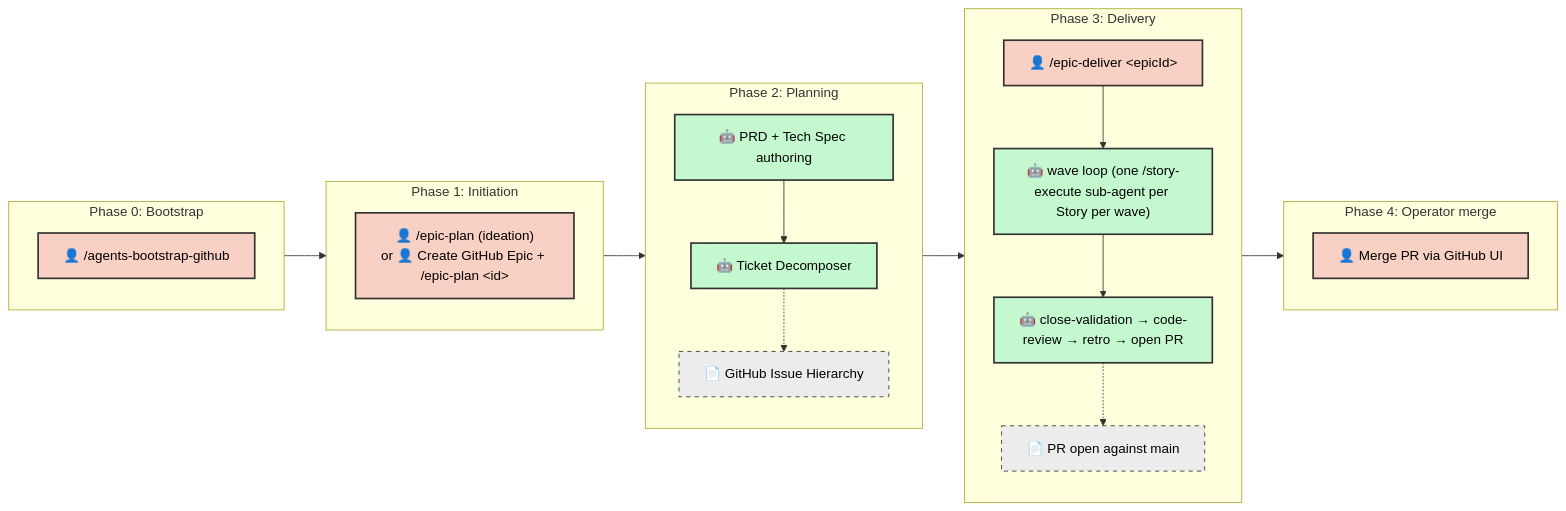
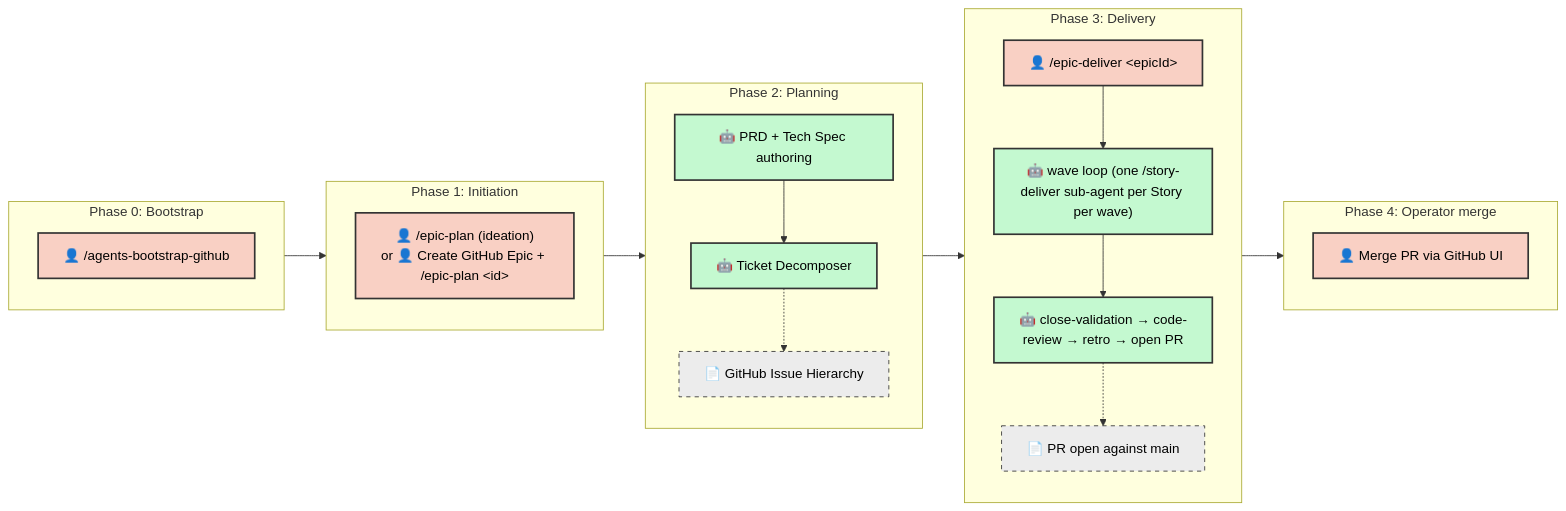
One commit to dsj1984/mandrel changed the diagram in .agents/SDLC.md. Above: the diagram before and after it, drawn with Mermaid. The commit also changed other lines of this file and 55 other files, not shown here.

First line of the commit message:
refactor: rename /story-execute to /story-deliver (hard cutover) (#2174)

````diff
--- a/.agents/SDLC.md
+++ b/.agents/SDLC.md
@@ -110,43 +110,43 @@
 ```mermaid
 graph LR
     classDef manual fill:#f9d0c4,stroke:#333,stroke-width:2px,color:#000;
     classDef agentic fill:#c4f9d0,stroke:#333,stroke-width:2px,color:#000;
     classDef artifact fill:#ececec,stroke:#333,stroke-width:1px,stroke-dasharray: 5 5,color:#000;
 
     subgraph Phase0 ["Phase 0: Bootstrap"]
         direction TB
         Z["👤 /agents-bootstrap-github"]:::manual
     end
 
     subgraph Phase1 ["Phase 1: Initiation"]
         direction TB
         A["👤 /epic-plan (ideation)<br/>or 👤 Create GitHub Epic + /epic-plan &lt;id&gt;"]:::manual
     end
 
     subgraph Phase2 ["Phase 2: Planning"]
         direction TB
         C["🤖 PRD + Tech Spec authoring"]:::agentic
         D["🤖 Ticket Decomposer"]:::agentic
         C --> D
         D -.-> D_Art["📄 GitHub Issue Hierarchy"]:::artifact
     end
 
     subgraph Phase3 ["Phase 3: Delivery"]
         direction TB
         E["👤 /epic-deliver &lt;epicId&gt;"]:::manual
-        F["🤖 wave loop (one /story-execute sub-agent per Story per wave)"]:::agentic
+        F["🤖 wave loop (one /story-deliver sub-agent per Story per wave)"]:::agentic
         G["🤖 close-validation → code-review → retro → open PR"]:::agentic
         E --> F --> G
         G -.-> G_Art["📄 PR open against main"]:::artifact
     end
 
     subgraph Phase4 ["Phase 4: Operator merge"]
         direction TB
         H["👤 Merge PR via GitHub UI"]:::manual
     end
 
     Z --> A
     A --> C
     D --> E
     G --> H
 ```
````
